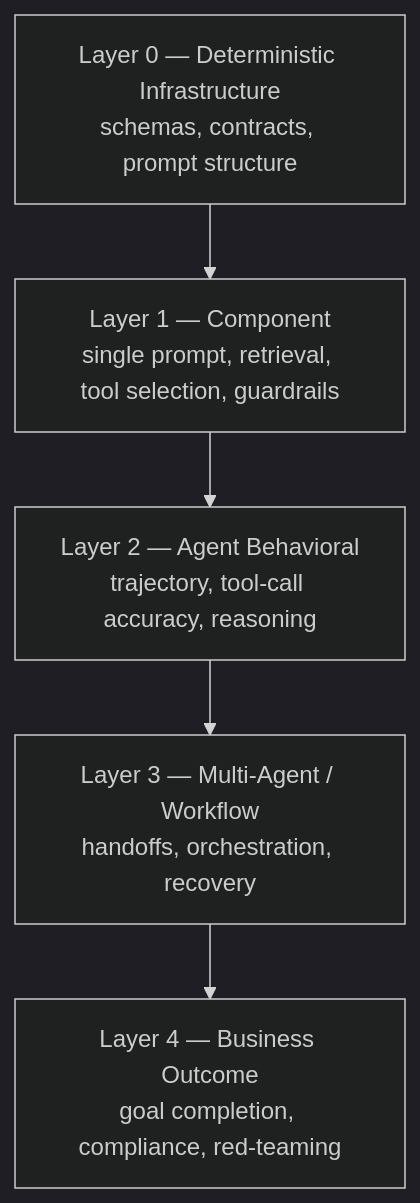
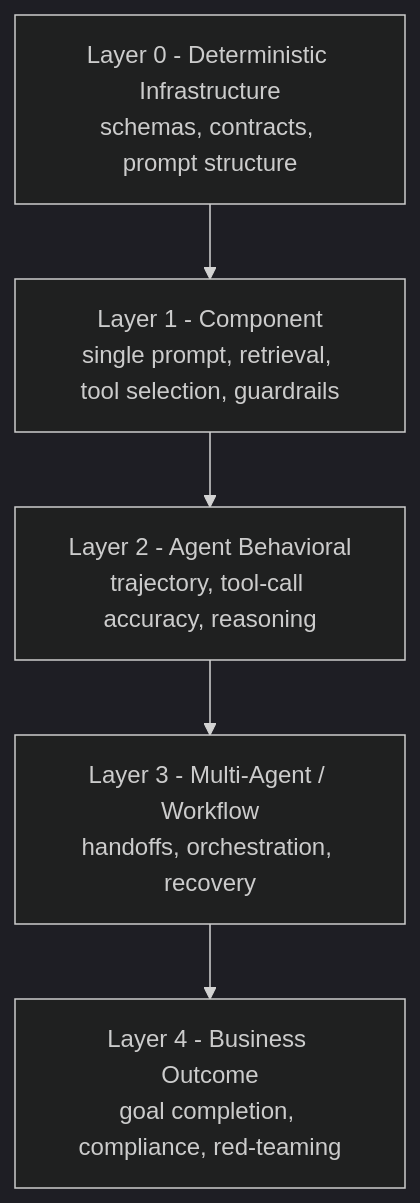
Before and after one commit to ehcastroh-teach/START_HERE: the diagram in Resources/Agent Best Practices/13-evals.md, drawn with Mermaid (dark theme). The commit also changed other lines of this file and 16 other files, not shown here.

````diff
--- a/Resources/Agent Best Practices/13-evals.md
+++ b/Resources/Agent Best Practices/13-evals.md
@@ -36,9 +36,9 @@
 ```mermaid
 flowchart TD
-    L4[Layer 4 — Business Outcome<br/>goal completion, compliance, red-teaming]
-    L3[Layer 3 — Multi-Agent / Workflow<br/>handoffs, orchestration, recovery]
-    L2[Layer 2 — Agent Behavioral<br/>trajectory, tool-call accuracy, reasoning]
-    L1[Layer 1 — Component<br/>single prompt, retrieval, tool selection, guardrails]
-    L0[Layer 0 — Deterministic Infrastructure<br/>schemas, contracts, prompt structure]
+    L4[Layer 4 - Business Outcome<br/>goal completion, compliance, red-teaming]
+    L3[Layer 3 - Multi-Agent / Workflow<br/>handoffs, orchestration, recovery]
+    L2[Layer 2 - Agent Behavioral<br/>trajectory, tool-call accuracy, reasoning]
+    L1[Layer 1 - Component<br/>single prompt, retrieval, tool selection, guardrails]
+    L0[Layer 0 - Deterministic Infrastructure<br/>schemas, contracts, prompt structure]
     L0 --> L1 --> L2 --> L3 --> L4
 ```
````
